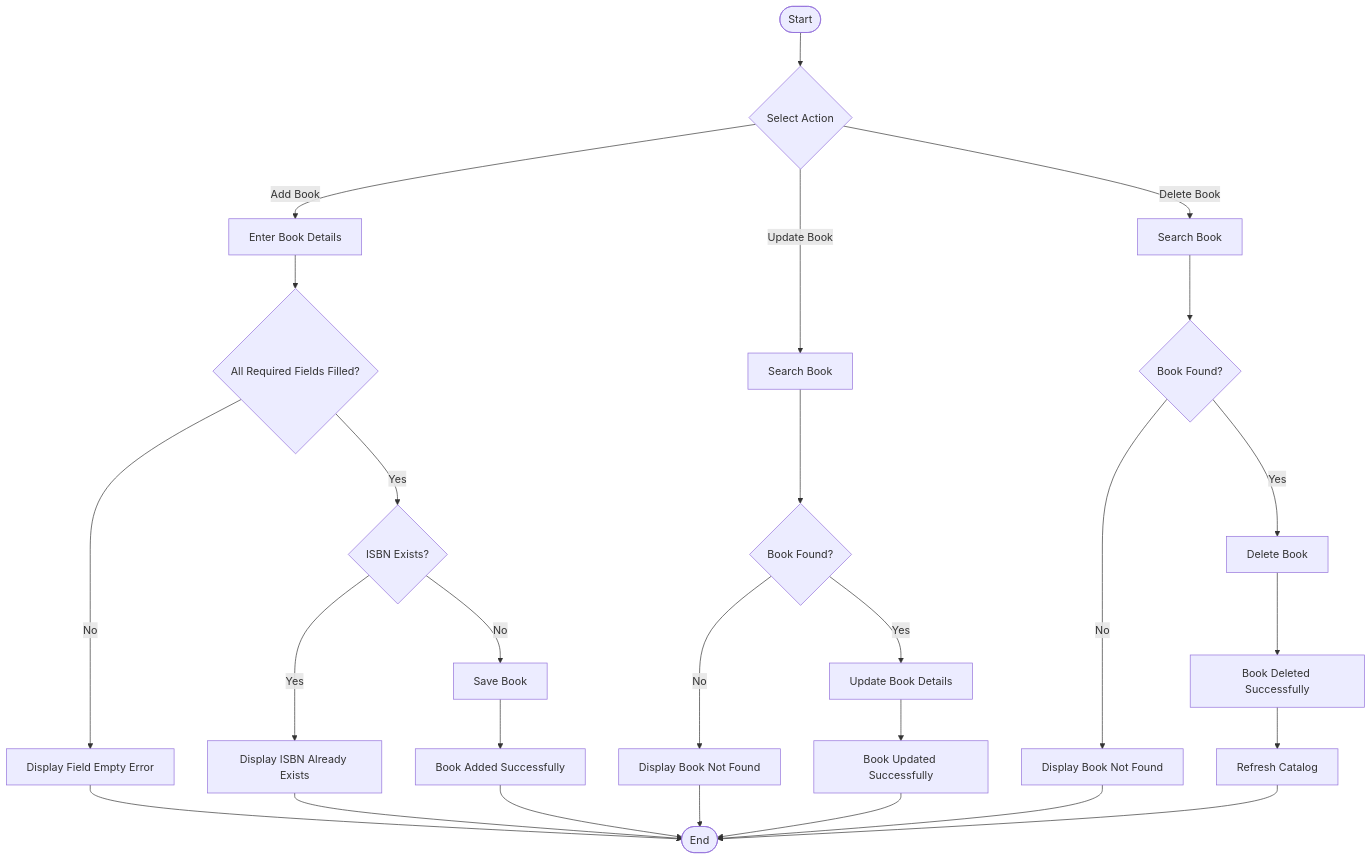
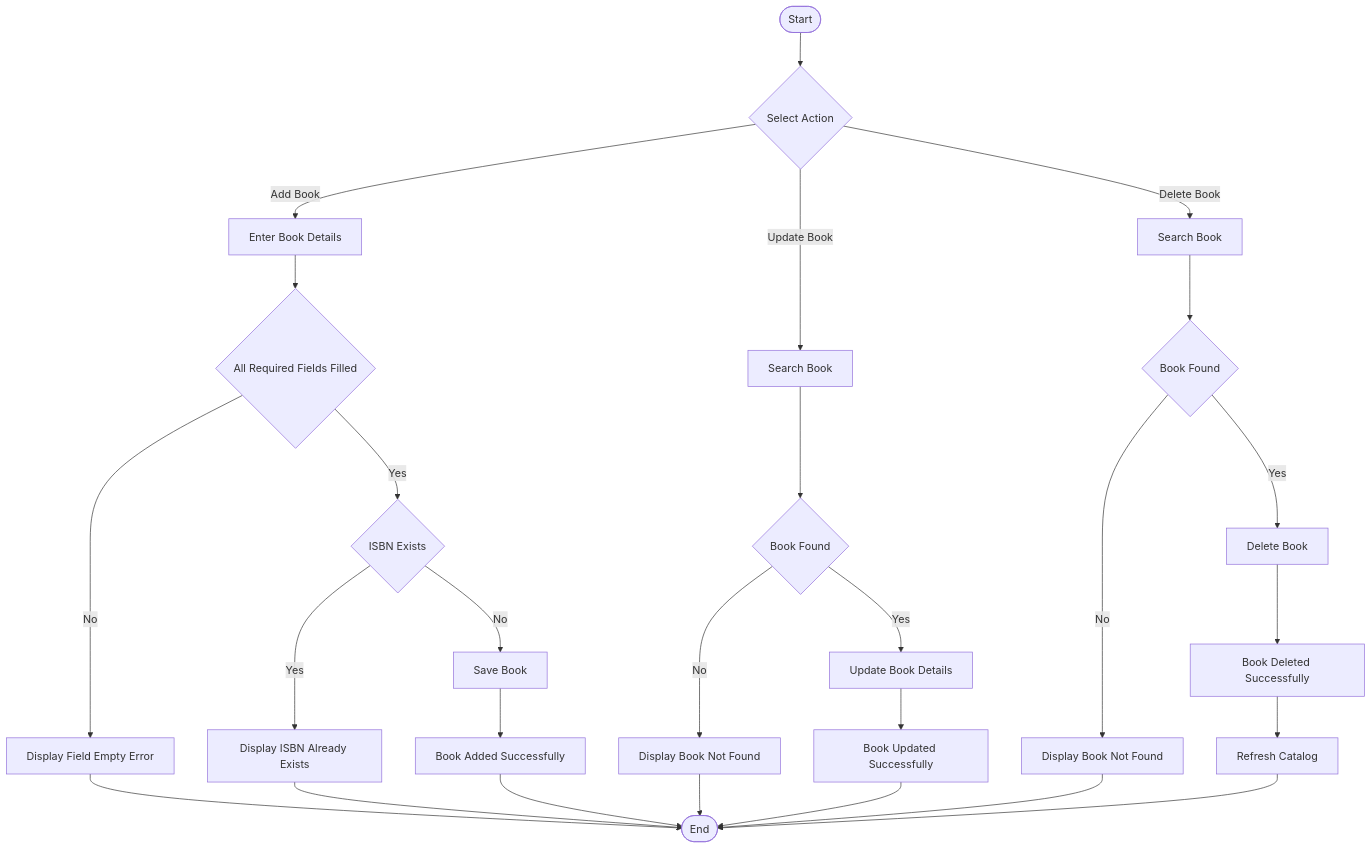
Before and after one commit to pdfrick-del/Brugg---Team-D: the second of 3 diagrams in Flowchart - Librarian.md, drawn with Mermaid. The commit also changed other lines of this file, not shown here.

Commit message:
Update flowchart terminology for consistency

````diff
--- a/Flowchart - Librarian.md
+++ b/Flowchart - Librarian.md
@@ -51,46 +51,46 @@
 ```mermaid
 flowchart TD
 
 Start([Start]) --> A{Select Action}
 
 A -->|Add Book| B[Enter Book Details]
 
-B --> C{All Required Fields Filled?}
+B --> C{All Required Fields Filled}
 
 C -->|No| D[Display Field Empty Error]
 D --> End([End])
 
-C -->|Yes| E{ISBN Exists?}
+C -->|Yes| E{ISBN Exists}
 
 E -->|Yes| F[Display ISBN Already Exists]
 F --> End
 
 E -->|No| G[Save Book]
 G --> H[Book Added Successfully]
 H --> End
 
 A -->|Update Book| I[Search Book]
 
-I --> J{Book Found?}
+I --> J{Book Found}
 
 J -->|No| K[Display Book Not Found]
 K --> End
 
 J -->|Yes| L[Update Book Details]
 L --> M[Book Updated Successfully]
 M --> End
 
 A -->|Delete Book| N[Search Book]
 
-N --> O{Book Found?}
+N --> O{Book Found}
 
 O -->|No| P[Display Book Not Found]
 P --> End
 
 O -->|Yes| Q[Delete Book]
 Q --> R[Book Deleted Successfully]
 
 R --> S[Refresh Catalog]
 
 S --> End
 ```
````
